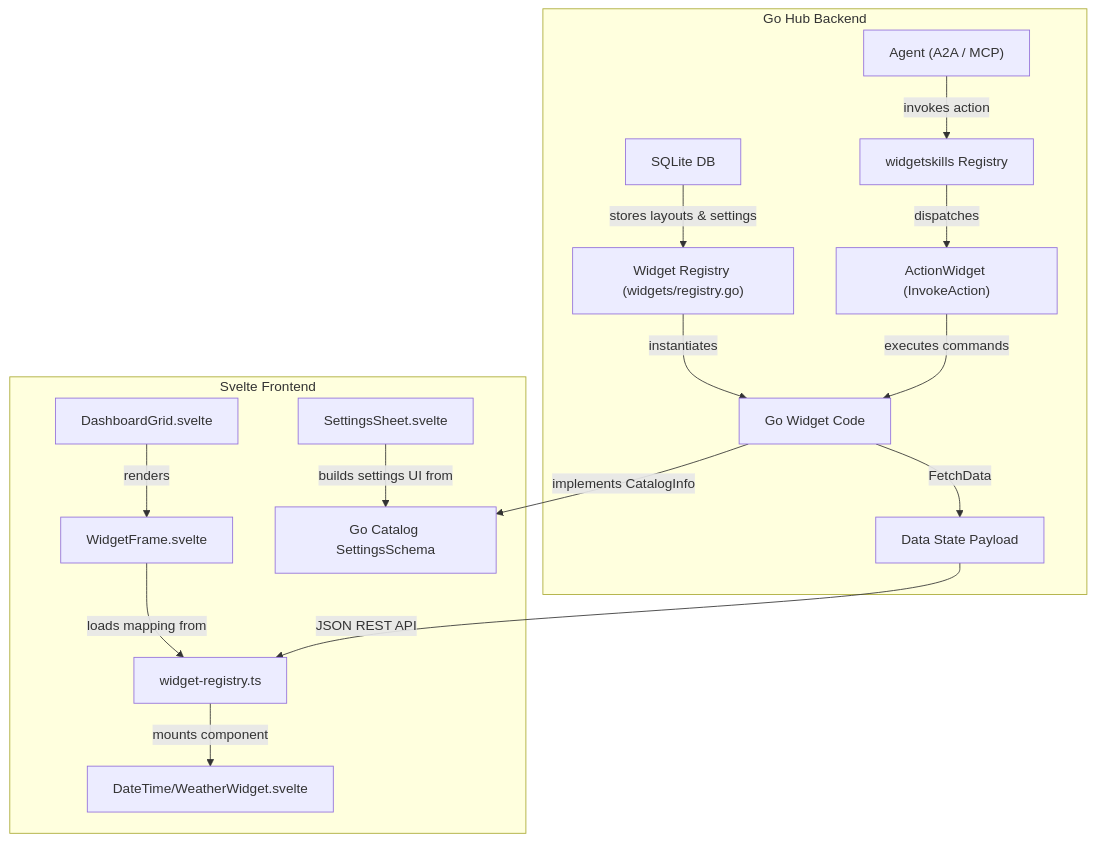
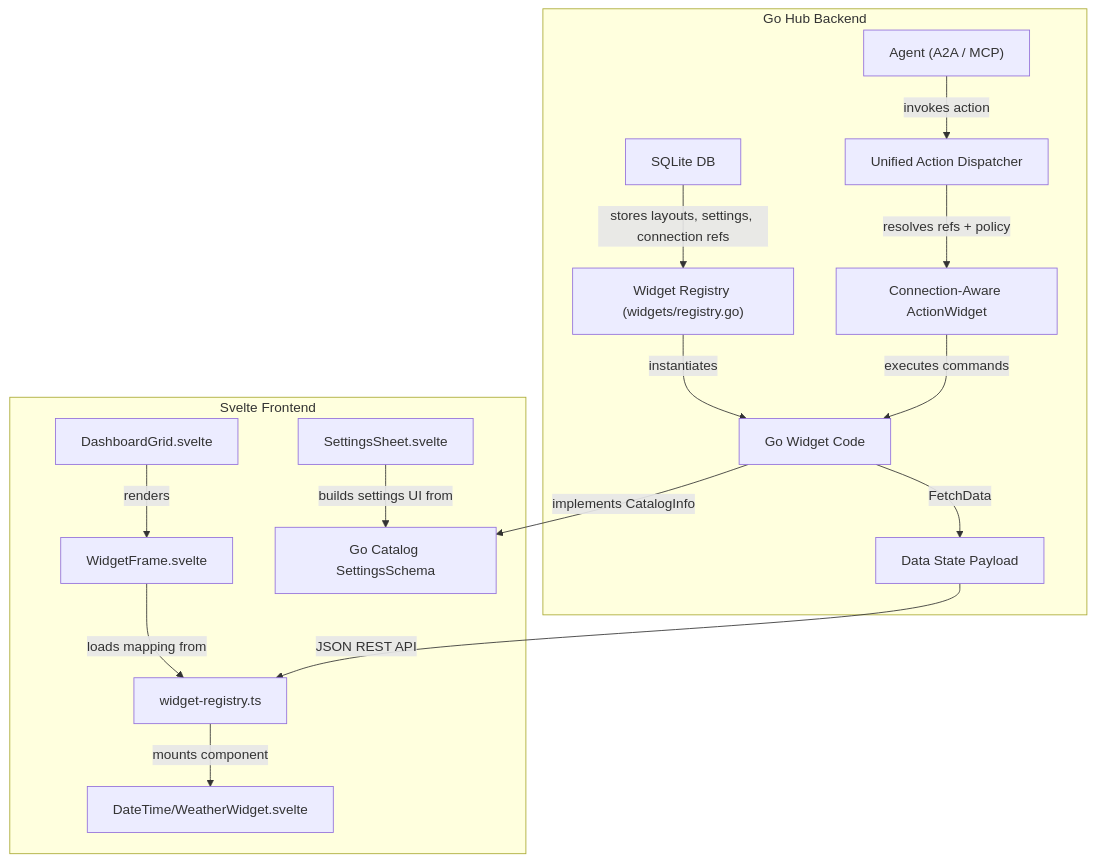
Before and after one commit to juteai/jute-dash: the diagram in docs/developer/widget-guidelines.md, drawn with Mermaid. The commit also changed other lines of this file and 195 other files, not shown here.

````diff
--- a/docs/developer/widget-guidelines.md
+++ b/docs/developer/widget-guidelines.md
@@ -160,20 +193,20 @@
 ```mermaid
 flowchart TD
     subgraph Svelte Frontend
         A[DashboardGrid.svelte] -->|renders| B[WidgetFrame.svelte]
         B -->|loads mapping from| C[widget-registry.ts]
         C -->|mounts component| D["DateTime/WeatherWidget.svelte"]
         E[SettingsSheet.svelte] -->|builds settings UI from| F["Go Catalog SettingsSchema"]
     end
 
     subgraph Go Hub Backend
-        G[SQLite DB] -->|stores layouts & settings| H["Widget Registry (widgets/registry.go)"]
+    G[SQLite DB] -->|stores layouts, settings, connection refs| H["Widget Registry (widgets/registry.go)"]
         H -->|instantiates| I["Go Widget Code"]
         I -->|implements CatalogInfo| F
         I -->|FetchData| J["Data State Payload"]
         J -->|JSON REST API| C
-        K["Agent (A2A / MCP)"] -->|invokes action| L["widgetskills Registry"]
-        L -->|dispatches| M["ActionWidget (InvokeAction)"]
+        K["Agent (A2A / MCP)"] -->|invokes action| L["Unified Action Dispatcher"]
+        L -->|resolves refs + policy| M["Connection-Aware ActionWidget"]
         M -->|executes commands| I
     end
 ```
````
